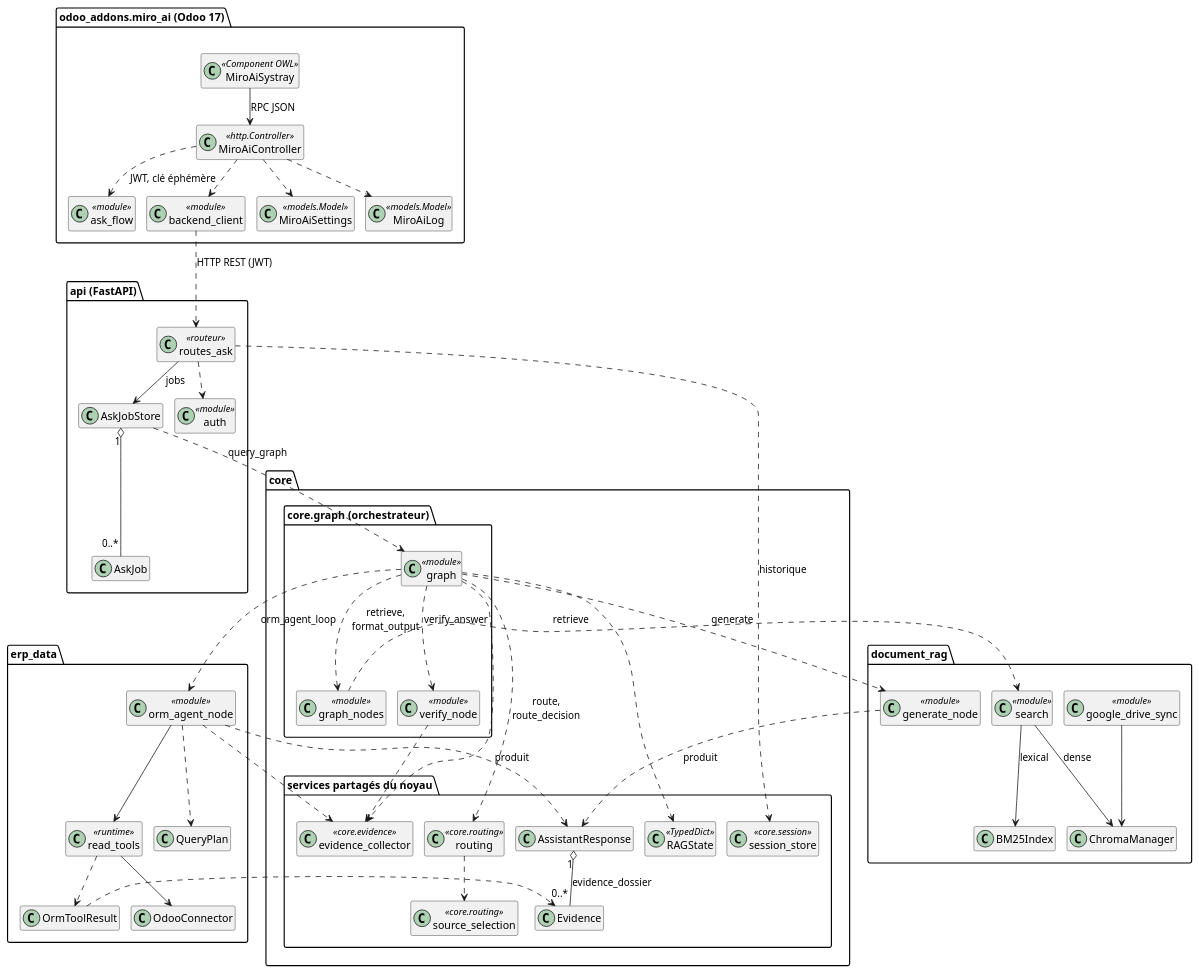
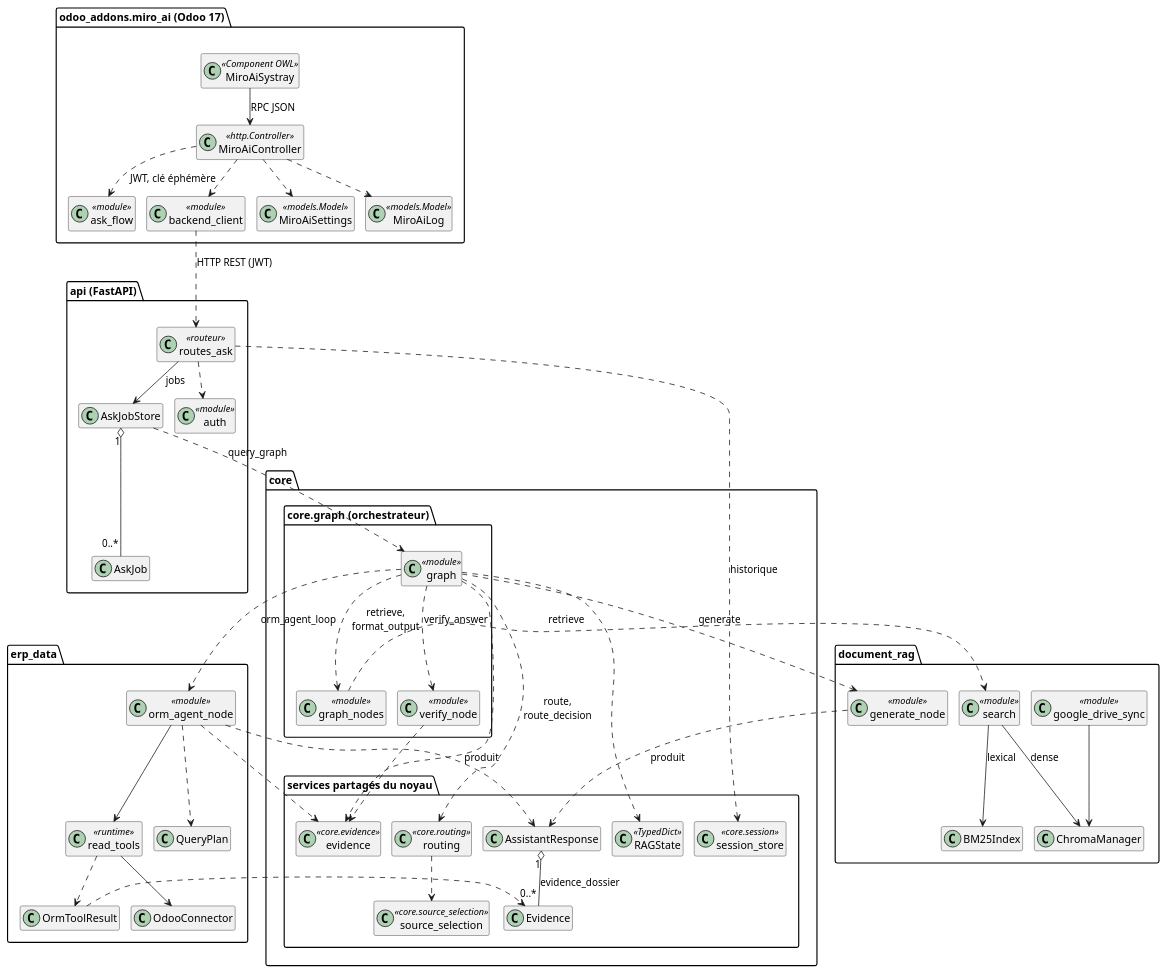
One commit to katsuki2000/odoo-ia-prototype changed the diagram in todo/diagrammes/5_9_classes_globale.puml. Above: the diagram before and after it, drawn with PlantUML. The commit also changed 37 other files, not shown here.

Commit message:
refactor(core): merge llm and evidence packages into single modules, flatten routing and source_selection

```diff
--- a/todo/diagrammes/5_9_classes_globale.puml
+++ b/todo/diagrammes/5_9_classes_globale.puml
@@ -79,7 +79,7 @@
       +route(state) : dict
       +route_decision(state) : str
     }
-    class "source_selection" as SourceSelection <<core.routing>> {
+    class "source_selection" as SourceSelection <<core.source_selection>> {
       +select_source(question) : SourceSelection
     }
     class RAGState <<TypedDict>> {
@@ -105,7 +105,7 @@
       +value : Any
       +scope : dict
     }
-    class "evidence_collector" as EvidenceCollector <<core.evidence>> {
+    class "evidence" as EvidenceCollector <<core.evidence>> {
       +start_evidence_collection() : void
       +record_evidence(evidence) : void
       +peek_turn_evidence() : list
```
